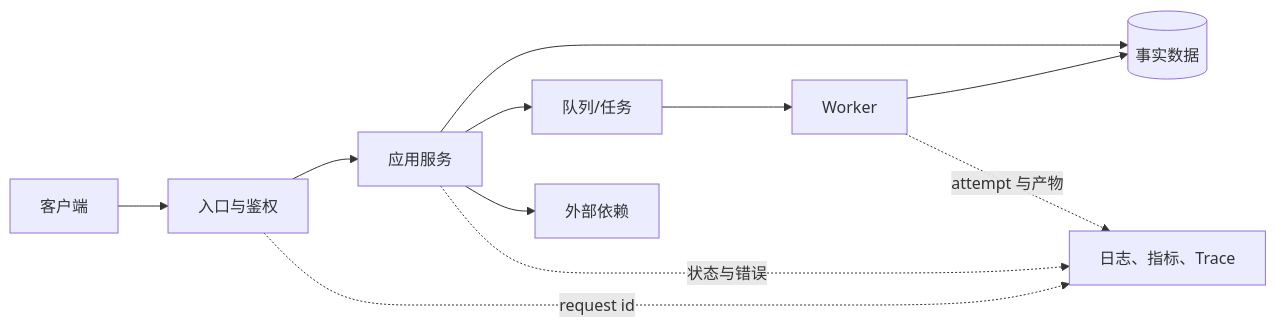
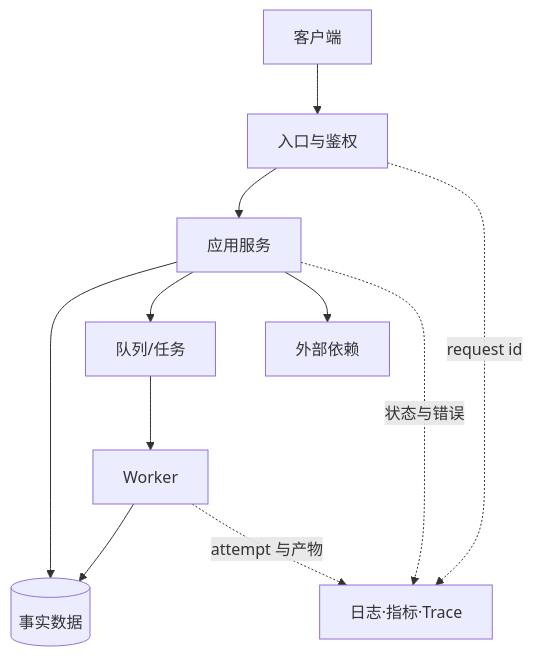
One commit to hub138/technical-knowledge changed the first of 2 diagrams in vault/工程知识/后端系统：在并发、失败与变化中维持服务/后端系统：在并发、失败与变化中维持服务.md. Above: the diagram before and after it, drawn with Mermaid. The commit also changed other lines of this file and 622 other files, not shown here.

```diff
--- a/vault/工程知识/后端系统：在并发、失败与变化中维持服务/后端系统：在并发、失败与变化中维持服务.md
+++ b/vault/工程知识/后端系统：在并发、失败与变化中维持服务/后端系统：在并发、失败与变化中维持服务.md
@@ -23,13 +27,13 @@
 ~~~mermaid
-flowchart LR
-    C[客户端] --> E[入口与鉴权]
-    E --> A[应用服务]
-    A --> D[(事实数据)]
-    A --> Q[队列/任务]
-    A --> X[外部依赖]
-    Q --> W[Worker]
+flowchart TD
+    C["客户端"] --> E["入口与鉴权"]
+    E --> A["应用服务"]
+    A --> D[("事实数据")]
+    A --> Q["队列/任务"]
+    A --> X["外部依赖"]
+    Q --> W["Worker"]
     W --> D
-    E -.request id.-> O[日志、指标、Trace]
-    A -.状态与错误.-> O
-    W -.attempt 与产物.-> O
+    E -.->|"request id"| O["日志·指标·Trace"]
+    A -.->|"状态与错误"| O
+    W -.->|"attempt 与产物"| O
 ~~~
```
